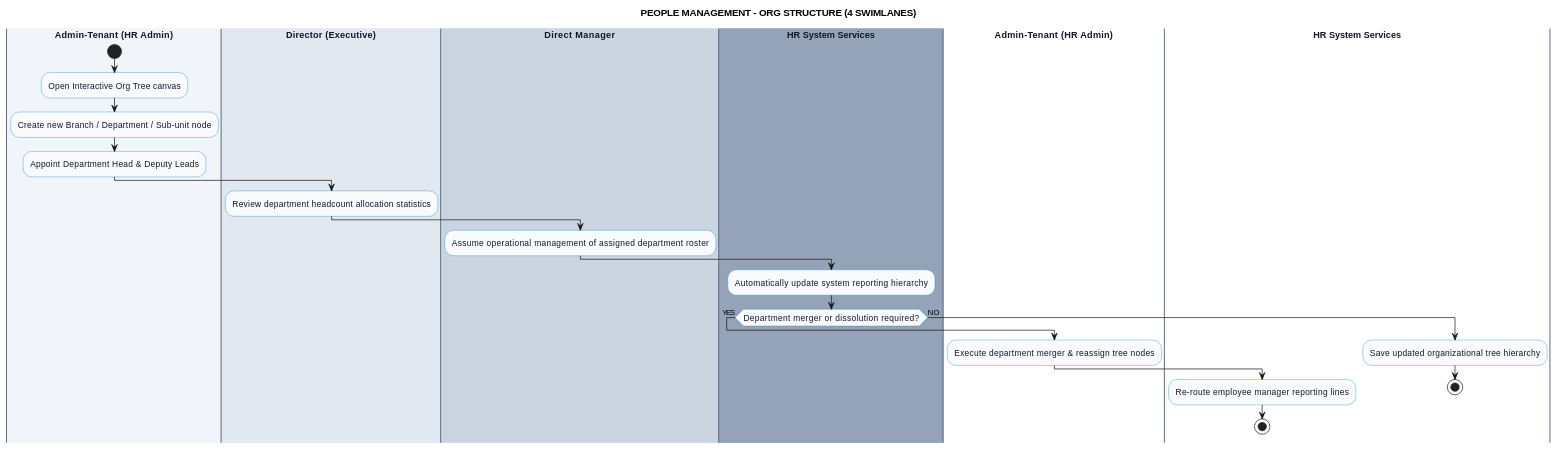
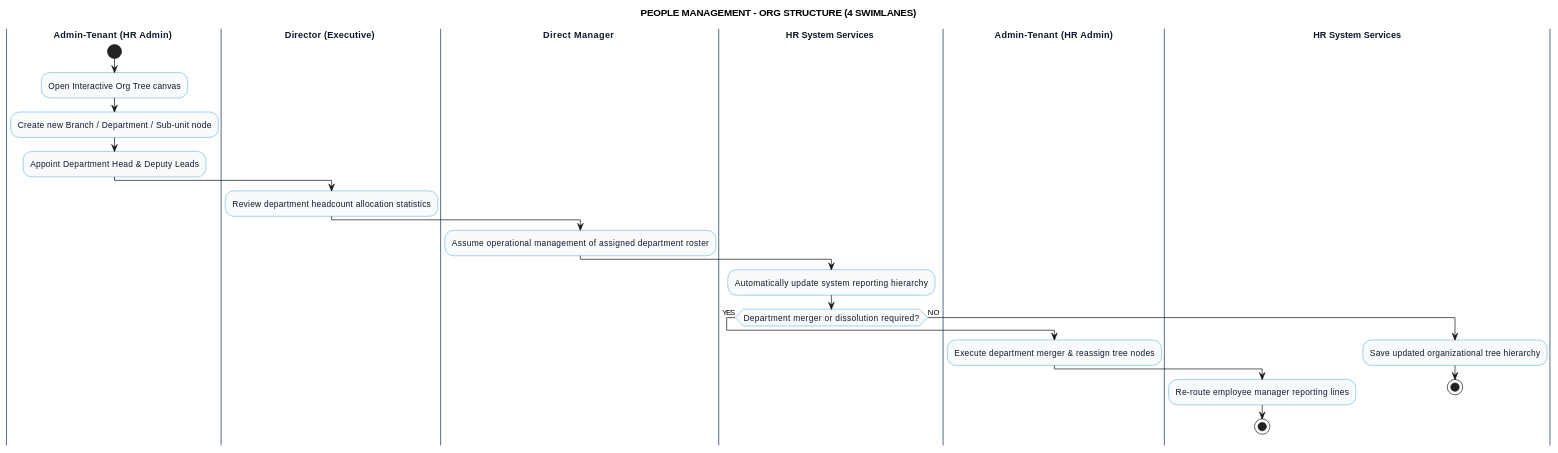
Before and after one commit to Dikhang1112/Monitoring_HR: the diagram in docs/swimlane/people_management/OrgStructureDiagram.md, drawn with PlantUML. The commit also changed other lines of this file and 47 other files, not shown here.

Commit message:
Refactor usecase diagram and swimlane

````diff
--- a/docs/swimlane/people_management/OrgStructureDiagram.md
+++ b/docs/swimlane/people_management/OrgStructureDiagram.md
@@ -9,52 +9,52 @@
 ```plantuml
 @startuml
 title PEOPLE MANAGEMENT - ORG STRUCTURE (4 SWIMLANES)
 
 skinparam linetype ortho
 skinparam nodesep 60
 skinparam ranksep 80
 
 skinparam activity {
   BackgroundColor #f8fafc
   BorderColor #0284c7
   FontColor #0f172a
   FontSize 12
 }
 skinparam swimlane {
   BorderColor #64748b
   TitleFontColor #0f172a
   TitleFontSize 13
   TitleFontStyle bold
 }
 
 ' =====================================================
 ' 4 SWIMLANES DECLARATION
 ' =====================================================
-|#f1f5f9| Admin-Tenant (HR Admin) |
+|Admin-Tenant (HR Admin) |
 start
 :Open Interactive Org Tree canvas;
 :Create new Branch / Department / Sub-unit node;
 :Appoint Department Head & Deputy Leads;
 
-|#e2e8f0| Director (Executive) |
+|Director (Executive) |
 :Review department headcount allocation statistics;
 
-|#cbd5e1| Direct Manager |
+|Direct Manager |
 :Assume operational management of assigned department roster;
 
-|#94a3b8| HR System Services |
+|HR System Services |
 :Automatically update system reporting hierarchy;
 if (Department merger or dissolution required?) then (YES)
   |Admin-Tenant (HR Admin)|
   :Execute department merger & reassign tree nodes;
   |HR System Services|
   :Re-route employee manager reporting lines;
   stop
 else (NO)
   |HR System Services|
   :Save updated organizational tree hierarchy;
   stop
 endif
 
 @enduml
 ```
````
